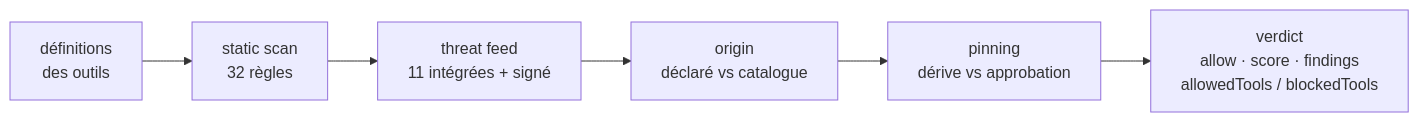
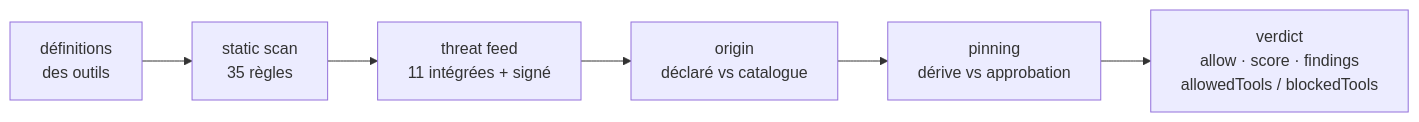
Before and after one commit to alexar76/warden: the diagram in README-fr.md, drawn with Mermaid. The commit also changed other lines of this file and 52 other files, not shown here.

````diff
--- a/README-fr.md
+++ b/README-fr.md
@@ -196,8 +196,8 @@
 ```mermaid
 flowchart LR
-  T["définitions<br/>des outils"] --> S["static scan<br/>32 règles"]
+  T["définitions<br/>des outils"] --> S["static scan<br/>35 règles"]
   S --> F["threat feed<br/>11 intégrées + signé"]
   F --> O["origin<br/>déclaré vs catalogue"]
   O --> P["pinning<br/>dérive vs approbation"]
   P --> V["verdict<br/>allow · score · findings<br/>allowedTools / blockedTools"]
 ```
````
